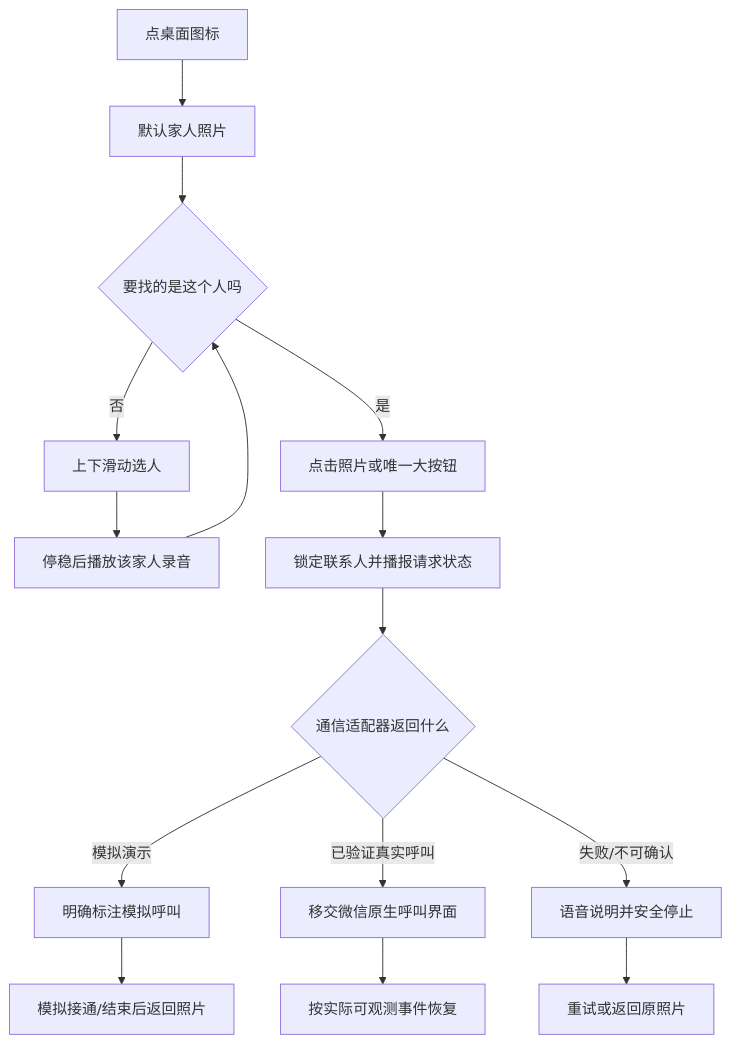
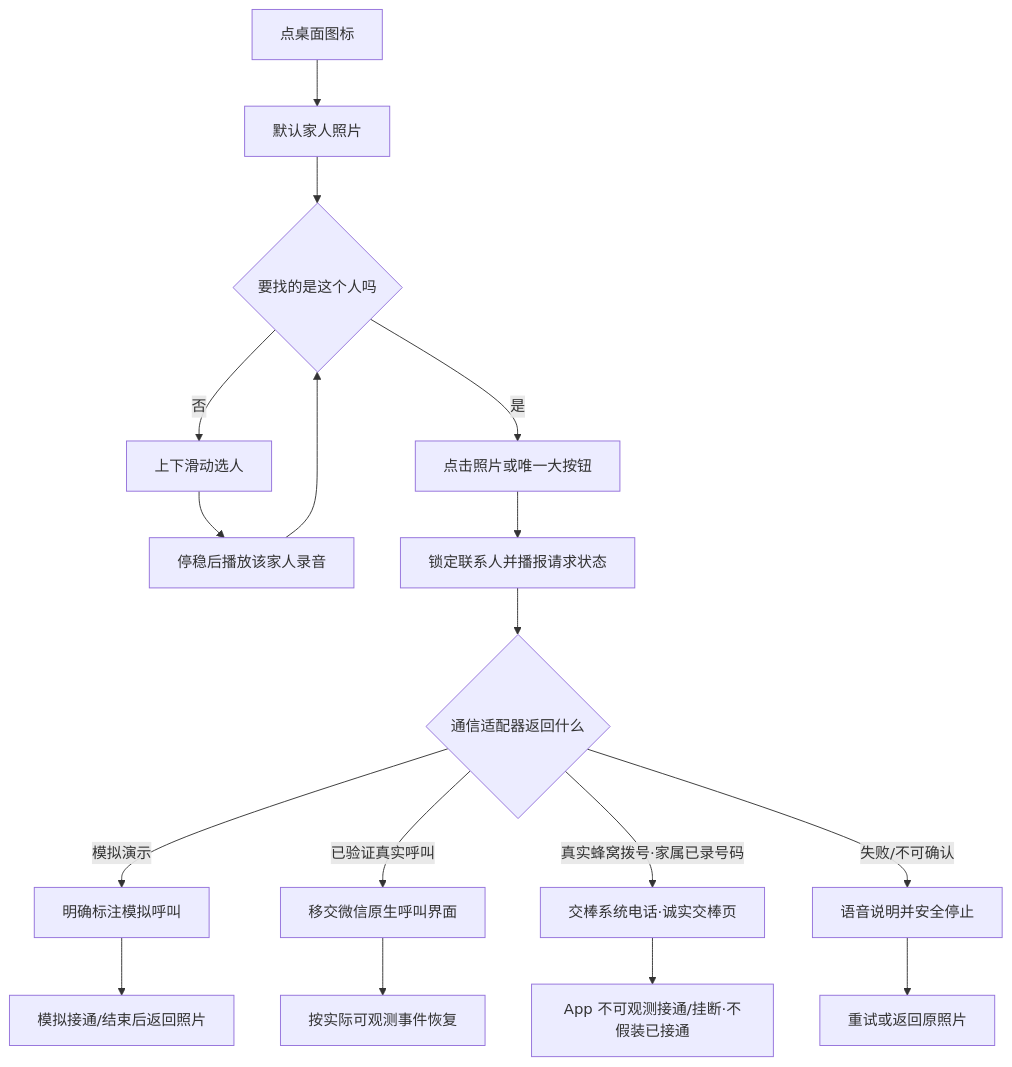
The first of 3 diagrams in changlianxi/docs/常联系-产品设计文档-PRD-v0.1.md (Diddddddddddy/changlianxi), drawn with Mermaid before and after one commit. The commit also changed other lines of this file and 3 other files, not shown here.

````diff
--- a/changlianxi/docs/常联系-产品设计文档-PRD-v0.1.md
+++ b/changlianxi/docs/常联系-产品设计文档-PRD-v0.1.md
@@ -261,17 +262,19 @@
 ```mermaid
 flowchart TD
   A[点桌面图标] --> B[默认家人照片]
   B --> C{要找的是这个人吗}
   C -- 否 --> D[上下滑动选人]
   D --> E[停稳后播放该家人录音]
   E --> C
   C -- 是 --> F[点击照片或唯一大按钮]
   F --> G[锁定联系人并播报请求状态]
   G --> H{通信适配器返回什么}
   H -- 模拟演示 --> I[明确标注模拟呼叫]
   H -- 已验证真实呼叫 --> J[移交微信原生呼叫界面]
+  H -- 真实蜂窝拨号·家属已录号码 --> O[交棒系统电话·诚实交棒页]
   H -- 失败/不可确认 --> K[语音说明并安全停止]
   I --> L[模拟接通/结束后返回照片]
   J --> M[按实际可观测事件恢复]
+  O --> P[App 不可观测接通/挂断·不假装已接通]
   K --> N[重试或返回原照片]
 ```
````
